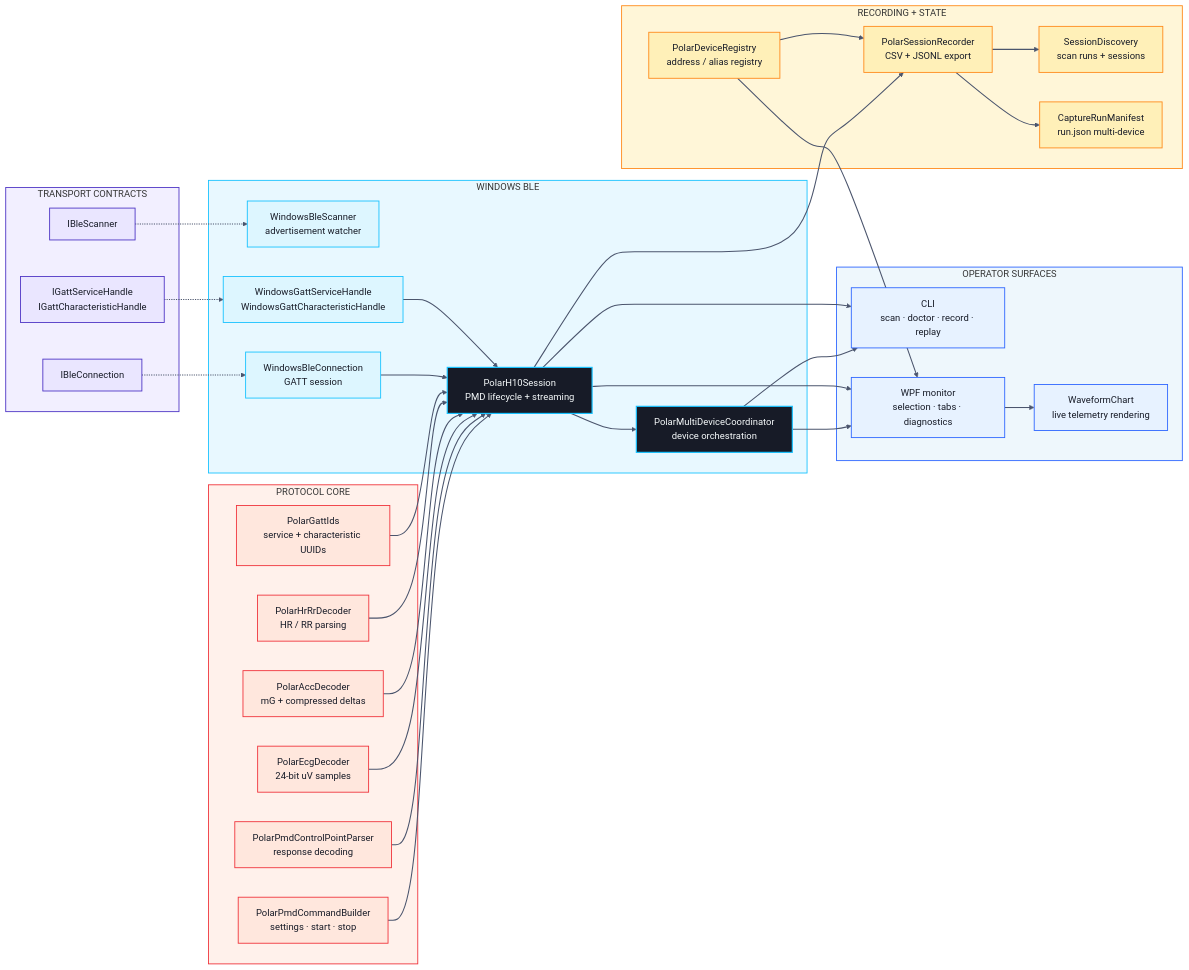
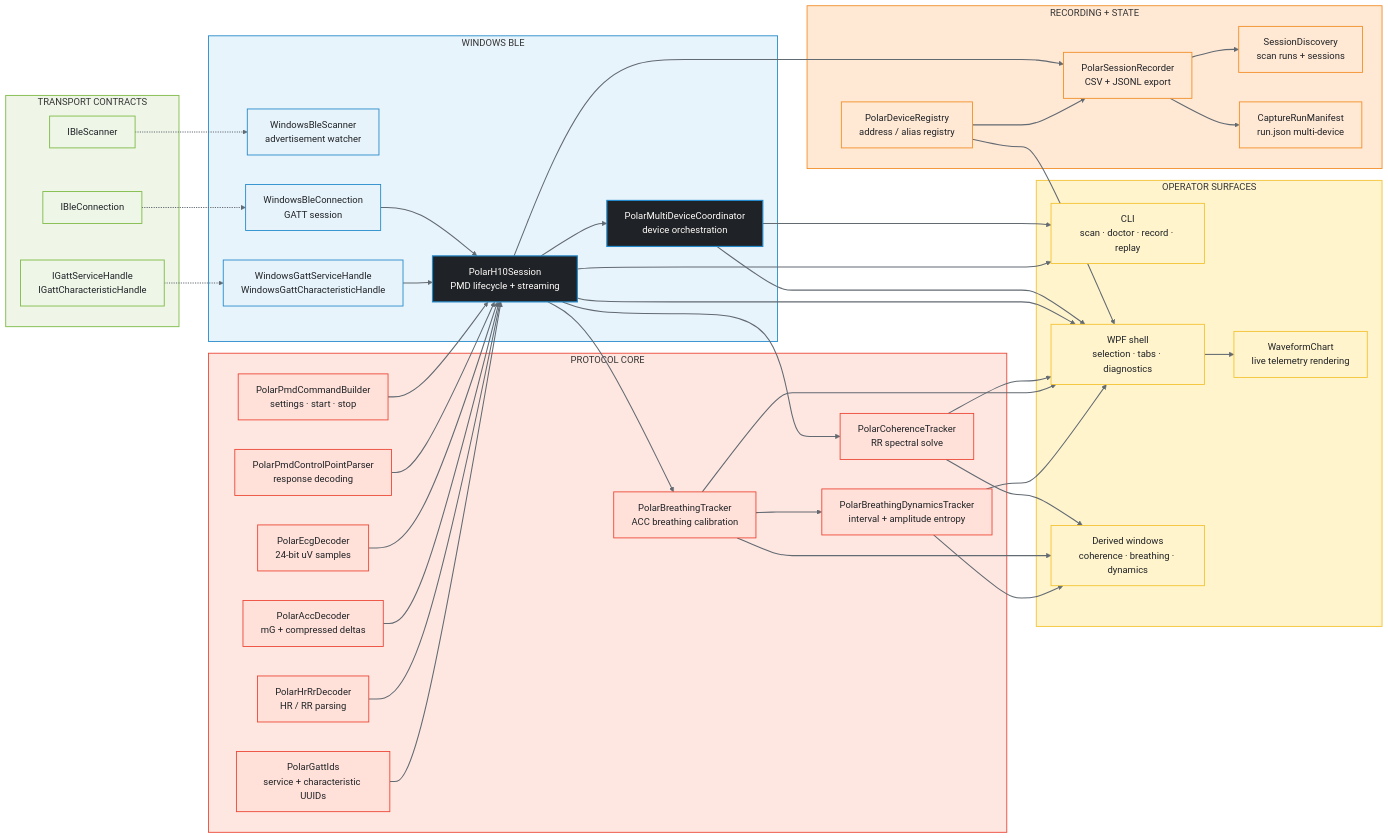
The second of 3 diagrams in README.md (MesmerPrism/PolarH10), drawn with Mermaid (neutral theme) before and after one commit. The commit also changed other lines of this file and 90 other files, not shown here.

````diff
--- a/README.md
+++ b/README.md
@@ -101,6 +259,9 @@
         EC["PolarEcgDecoder<br/>24-bit uV samples"]
         AC["PolarAccDecoder<br/>mG + compressed deltas"]
         HR["PolarHrRrDecoder<br/>HR / RR parsing"]
+        CH["PolarCoherenceTracker<br/>RR spectral solve"]
+        BR["PolarBreathingTracker<br/>ACC breathing calibration"]
+        BD["PolarBreathingDynamicsTracker<br/>interval + amplitude entropy"]
         PMD["PolarPmdCommandBuilder<br/>settings · start · stop"]
         CP["PolarPmdControlPointParser<br/>response decoding"]
         GID["PolarGattIds<br/>service + characteristic UUIDs"]
@@ -117,7 +278,7 @@
         WC["WindowsBleConnection<br/>GATT session"]
         WG["WindowsGattServiceHandle<br/>WindowsGattCharacteristicHandle"]
         SE["PolarH10Session<br/>PMD lifecycle + streaming"]
-        CO["PolarMultiDeviceCoordinator<br/>device orchestration"]
+        MD["PolarMultiDeviceCoordinator<br/>device orchestration"]
     end
 
     subgraph Recording["RECORDING + STATE"]
@@ -129,8 +290,9 @@
 
     subgraph Surfaces["OPERATOR SURFACES"]
         C1["CLI<br/>scan · doctor · record · replay"]
-        G1["WPF monitor<br/>selection · tabs · diagnostics"]
-        G2["WaveformChart<br/>live telemetry rendering"]
+        G1["WPF shell<br/>selection · tabs · diagnostics"]
+        G2["Derived windows<br/>coherence · breathing · dynamics"]
+        G3["WaveformChart<br/>live telemetry rendering"]
     end
 
     PMD --> SE
@@ -144,35 +306,44 @@
     IG -.-> WG
     WC --> SE
     WG --> SE
-    SE --> CO
+    SE --> MD
+    SE --> CH
+    SE --> BR
+    BR --> BD
     SE --> RE
     RE --> SD
     RE --> MA
     DR --> RE
     DR --> G1
-    CO --> C1
-    CO --> G1
+    MD --> C1
+    MD --> G1
     SE --> C1
     SE --> G1
-    G1 --> G2
+    CH --> G1
+    CH --> G2
+    BR --> G1
+    BR --> G2
+    BD --> G1
+    BD --> G2
+    G1 --> G3
 
-    style Protocol fill:#FFF1EB,stroke:#F0343C,stroke-width:1.5px;
-    style Transport fill:#F2EFFF,stroke:#4E35C5,stroke-width:1.5px;
-    style Windows fill:#E8F8FF,stroke:#18C2FF,stroke-width:1.5px;
-    style Recording fill:#FFF6D8,stroke:#FF8A1A,stroke-width:1.5px;
-    style Surfaces fill:#EEF7FC,stroke:#2E66FF,stroke-width:1.5px;
+    style Protocol fill:#FFE7E1,stroke:#EC4736,stroke-width:1.5px;
+    style Transport fill:#EFF6E8,stroke:#7DBA44,stroke-width:1.5px;
+    style Windows fill:#E8F4FB,stroke:#258ACB,stroke-width:1.5px;
+    style Recording fill:#FFE8D4,stroke:#F28F28,stroke-width:1.5px;
+    style Surfaces fill:#FFF4CC,stroke:#F3C333,stroke-width:1.5px;
 
-    classDef core fill:#FFE7DD,stroke:#F0343C,color:#171B27,stroke-width:1.5px;
-    classDef contracts fill:#EAE6FF,stroke:#4E35C5,color:#171B27,stroke-width:1.5px;
-    classDef windows fill:#DDF6FF,stroke:#18C2FF,color:#171B27,stroke-width:1.5px;
-    classDef active fill:#171B27,stroke:#18C2FF,color:#F7FBFC,stroke-width:2px;
-    classDef record fill:#FFF0B8,stroke:#FF8A1A,color:#171B27,stroke-width:1.5px;
-    classDef surface fill:#E7F2FF,stroke:#2E66FF,color:#171B27,stroke-width:1.5px;
-    class EC,AC,HR,PMD,CP,GID core;
+    classDef core fill:#FFE1D9,stroke:#EC4736,color:#1F2226,stroke-width:1.5px;
+    classDef contracts fill:#EEF6E8,stroke:#7DBA44,color:#1F2226,stroke-width:1.5px;
+    classDef windows fill:#E7F3FA,stroke:#258ACB,color:#1F2226,stroke-width:1.5px;
+    classDef active fill:#1F2226,stroke:#258ACB,color:#FFFDF9,stroke-width:2px;
+    classDef record fill:#FFE8D4,stroke:#F28F28,color:#1F2226,stroke-width:1.5px;
+    classDef surface fill:#FFF4CC,stroke:#F3C333,color:#1F2226,stroke-width:1.5px;
+    class EC,AC,HR,CH,BR,BD,PMD,CP,GID core;
     class IS,IC,IG contracts;
     class WS,WC,WG windows;
-    class SE,CO active;
+    class SE,MD active;
     class RE,SD,MA,DR record;
-    class C1,G1,G2 surface;
-    linkStyle default stroke:#4B556D,stroke-width:1.8px;
+    class C1,G1,G2,G3 surface;
+    linkStyle default stroke:#626A72,stroke-width:1.8px;
 ```
````
